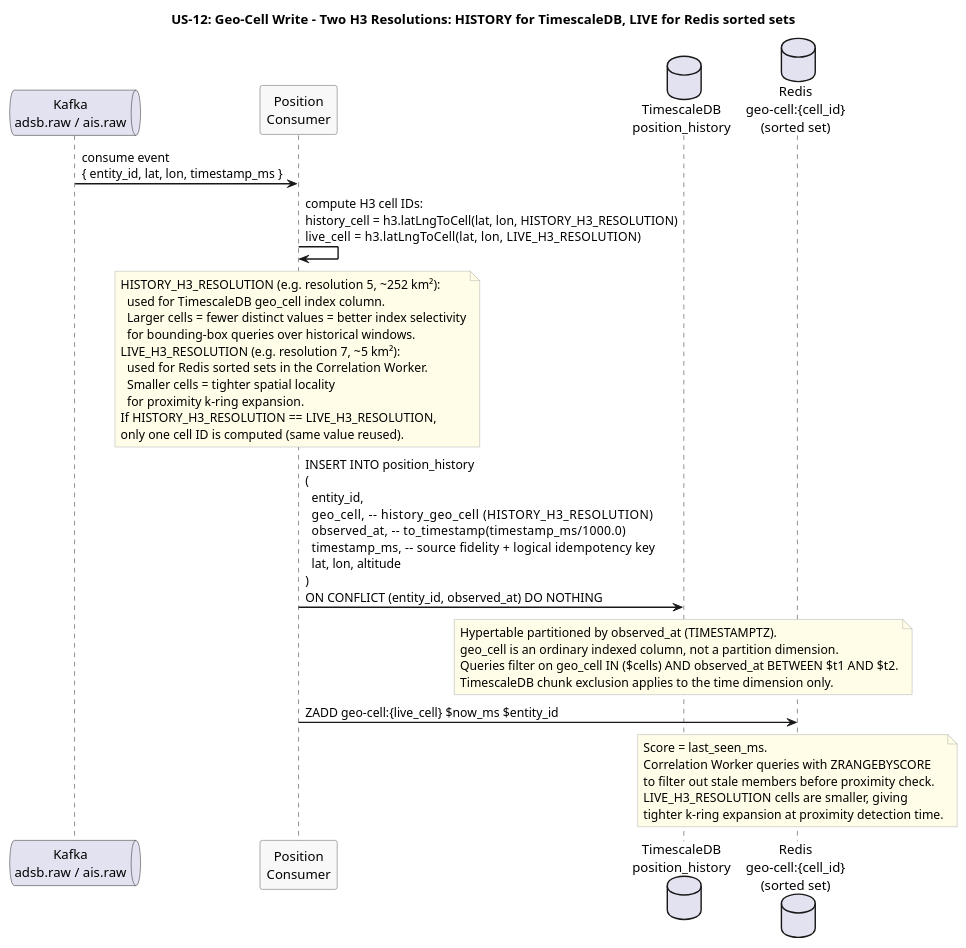
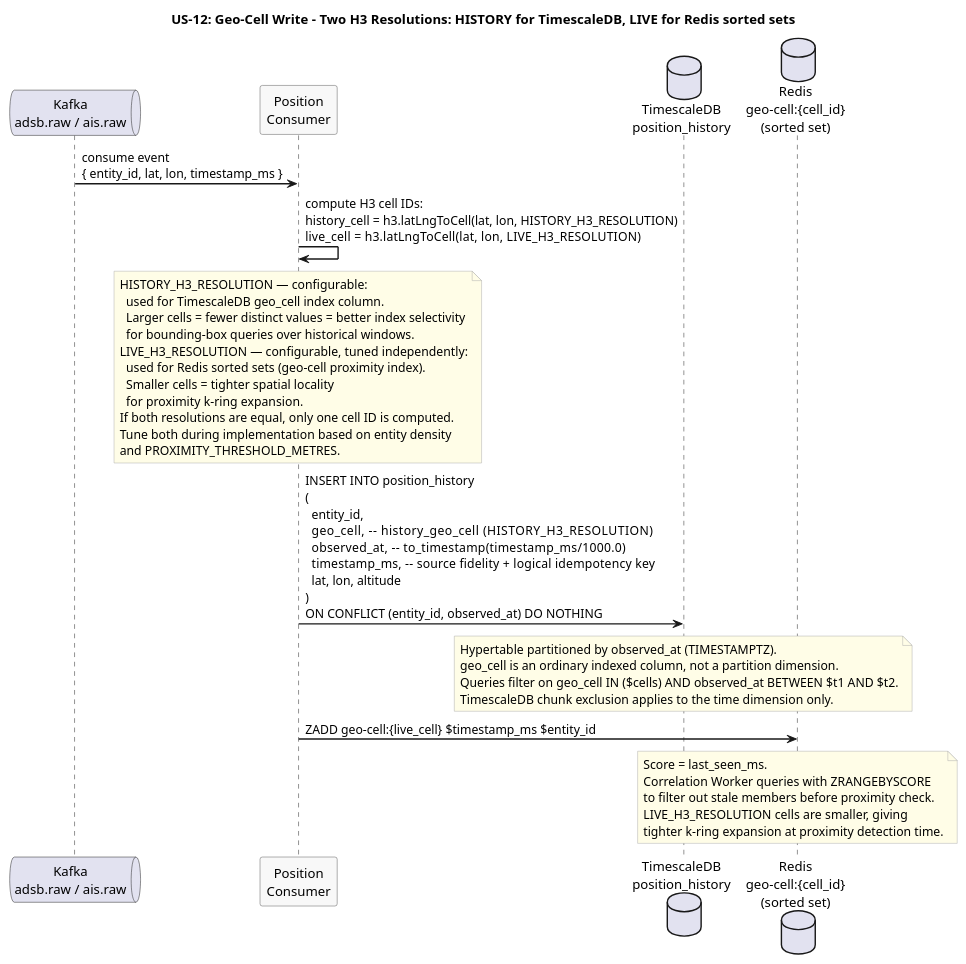
One commit to Buffden/sentinel changed the diagram in docs/use-cases/US-12-geo-spatial-efficiency/geo-cell-write.puml. Above: the diagram before and after it, drawn with PlantUML. The commit also changed 22 other files, not shown here.

```diff
--- a/docs/use-cases/US-12-geo-spatial-efficiency/geo-cell-write.puml
+++ b/docs/use-cases/US-12-geo-spatial-efficiency/geo-cell-write.puml
@@ -1,50 +1,51 @@
 @startuml geo-cell-write
 title US-12: Geo-Cell Write - Two H3 Resolutions: HISTORY for TimescaleDB, LIVE for Redis sorted sets
 
 skinparam sequenceArrowThickness 1.5
 skinparam participantBorderColor #555555
 skinparam participantBackgroundColor #F8F8F8
 skinparam noteBorderColor #AAAAAA
 skinparam noteBackgroundColor #FFFDE7
 
 queue "Kafka\nadsb.raw / ais.raw" as Kafka
 participant "Position\nConsumer" as Consumer
 database "TimescaleDB\nposition_history" as TSDB
 database "Redis\ngeo-cell:{cell_id}\n(sorted set)" as GeoCell
 
 Kafka -> Consumer : consume event\n{ entity_id, lat, lon, timestamp_ms }
 
 Consumer -> Consumer : compute H3 cell IDs:\nhistory_cell = h3.latLngToCell(lat, lon, HISTORY_H3_RESOLUTION)\nlive_cell    = h3.latLngToCell(lat, lon, LIVE_H3_RESOLUTION)
 
 note over Consumer
-  HISTORY_H3_RESOLUTION (e.g. resolution 5, ~252 km²):
+  HISTORY_H3_RESOLUTION — configurable:
     used for TimescaleDB geo_cell index column.
     Larger cells = fewer distinct values = better index selectivity
     for bounding-box queries over historical windows.
-  LIVE_H3_RESOLUTION (e.g. resolution 7, ~5 km²):
-    used for Redis sorted sets in the Correlation Worker.
+  LIVE_H3_RESOLUTION — configurable, tuned independently:
+    used for Redis sorted sets (geo-cell proximity index).
     Smaller cells = tighter spatial locality
     for proximity k-ring expansion.
-  If HISTORY_H3_RESOLUTION == LIVE_H3_RESOLUTION,
-  only one cell ID is computed (same value reused).
+  If both resolutions are equal, only one cell ID is computed.
+  Tune both during implementation based on entity density
+  and PROXIMITY_THRESHOLD_METRES.
 end note
 
 Consumer -> TSDB : INSERT INTO position_history\n(\n  entity_id,\n  geo_cell,        -- history_geo_cell (HISTORY_H3_RESOLUTION)\n  observed_at,     -- to_timestamp(timestamp_ms/1000.0)\n  timestamp_ms,    -- source fidelity + logical idempotency key\n  lat, lon, altitude\n)\nON CONFLICT (entity_id, observed_at) DO NOTHING
 
 note over TSDB
   Hypertable partitioned by observed_at (TIMESTAMPTZ).
   geo_cell is an ordinary indexed column, not a partition dimension.
   Queries filter on geo_cell IN ($cells) AND observed_at BETWEEN $t1 AND $t2.
   TimescaleDB chunk exclusion applies to the time dimension only.
 end note
 
-Consumer -> GeoCell : ZADD geo-cell:{live_cell} $now_ms $entity_id
+Consumer -> GeoCell : ZADD geo-cell:{live_cell} $timestamp_ms $entity_id
 note over GeoCell
   Score = last_seen_ms.
   Correlation Worker queries with ZRANGEBYSCORE
   to filter out stale members before proximity check.
   LIVE_H3_RESOLUTION cells are smaller, giving
   tighter k-ring expansion at proximity detection time.
 end note
 
 @enduml
```
